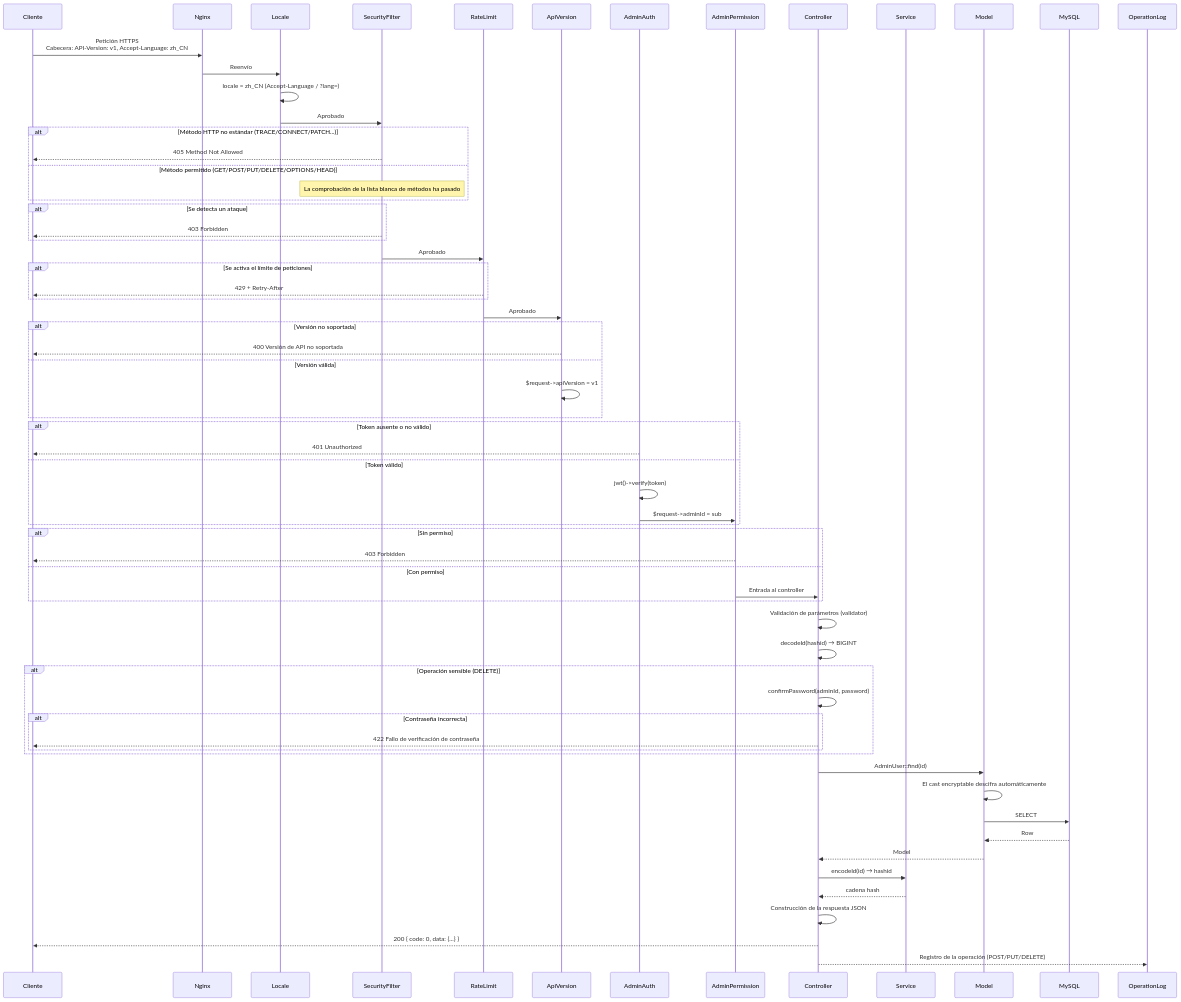
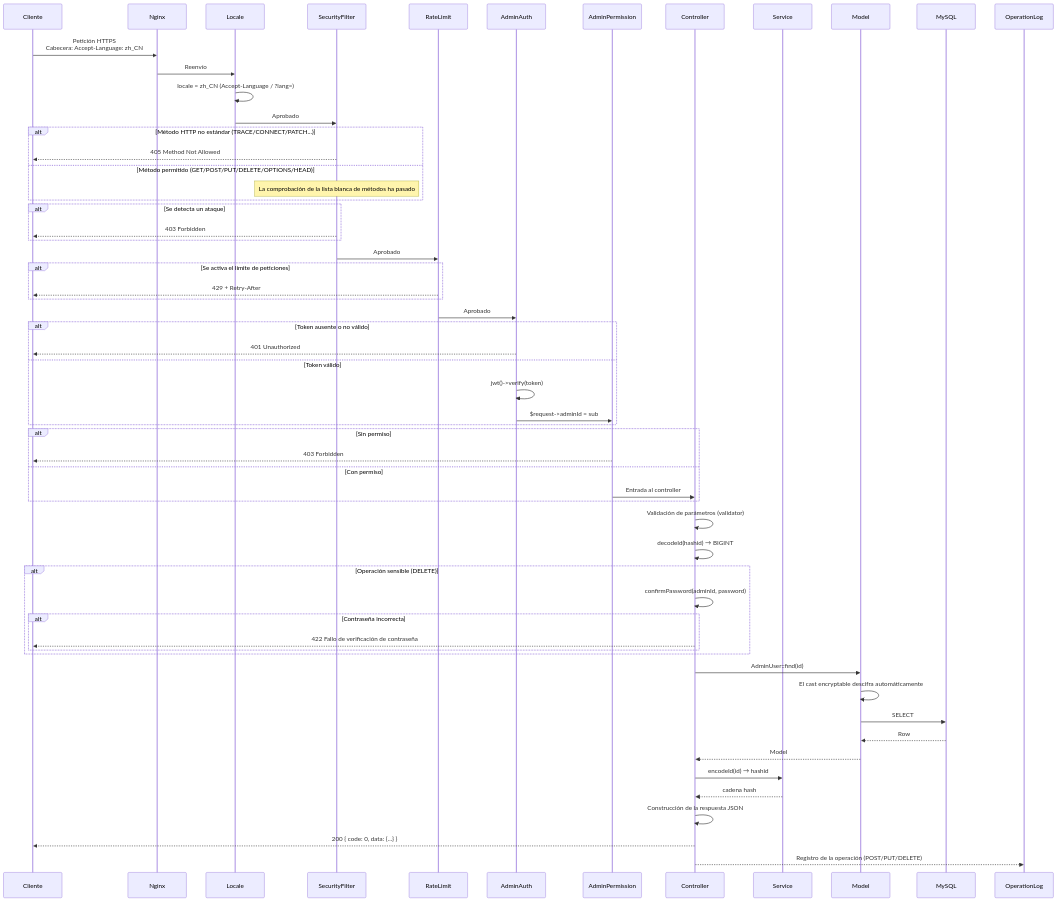
The third of 14 diagrams in admin/docs/ARCHITECTURE.es.md (erikwang2013/integrated-global-logistics), drawn with Mermaid before and after one commit. The commit also changed other lines of this file and 147 other files, not shown here.

First line of the commit message:
feat(api): API 版本号移入 URL 路径（/api/v1），移除 API-Version 头机制

````diff
--- a/admin/docs/ARCHITECTURE.es.md
+++ b/admin/docs/ARCHITECTURE.es.md
@@ -147,82 +145,75 @@
 ```mermaid
 sequenceDiagram
     participant C as Cliente
     participant N as Nginx
     participant MW_LOC as Locale
     participant MW_SF as SecurityFilter
     participant MW_RL as RateLimit
-    participant MW0 as ApiVersion
     participant MW1 as AdminAuth
     participant MW2 as AdminPermission
     participant CTL as Controller
     participant SVC as Service
     participant MDL as Model
     participant DB as MySQL
     participant OPLOG as OperationLog
 
-    C->>N: Petición HTTPS<br/>Cabecera: API-Version: v1, Accept-Language: zh_CN
+    C->>N: Petición HTTPS<br/>Cabecera: Accept-Language: zh_CN
     N->>MW_LOC: Reenvío
 
     MW_LOC->>MW_LOC: locale = zh_CN (Accept-Language / ?lang=)
     MW_LOC->>MW_SF: Aprobado
 
     alt Método HTTP no estándar (TRACE/CONNECT/PATCH...)
         MW_SF-->>C: 405 Method Not Allowed
     else Método permitido (GET/POST/PUT/DELETE/OPTIONS/HEAD)
         Note over MW_SF: La comprobación de la lista blanca de métodos ha pasado
     end
 
     alt Se detecta un ataque
         MW_SF-->>C: 403 Forbidden
     end
 
     MW_SF->>MW_RL: Aprobado
 
     alt Se activa el límite de peticiones
         MW_RL-->>C: 429 + Retry-After
     end
 
-    MW_RL->>MW0: Aprobado
-
-    alt Versión no soportada
-        MW0-->>C: 400 Versión de API no soportada
-    else Versión válida
-        MW0->>MW0: $request->apiVersion = v1
-    end
+    MW_RL->>MW1: Aprobado
 
     alt Token ausente o no válido
         MW1-->>C: 401 Unauthorized
     else Token válido
         MW1->>MW1: jwt()->verify(token)
         MW1->>MW2: $request->adminId = sub
     end
 
     alt Sin permiso
         MW2-->>C: 403 Forbidden
     else Con permiso
         MW2->>CTL: Entrada al controller
     end
 
     CTL->>CTL: Validación de parámetros (validator)
     CTL->>CTL: decodeId(hashid) → BIGINT
 
     alt Operación sensible (DELETE)
         CTL->>CTL: confirmPassword(adminId, password)
         alt Contraseña incorrecta
             CTL-->>C: 422 Fallo de verificación de contraseña
         end
     end
 
     CTL->>MDL: AdminUser::find(id)
     MDL->>MDL: El cast encryptable descifra automáticamente
     MDL->>DB: SELECT
     DB-->>MDL: Row
     MDL-->>CTL: Model
 
     CTL->>SVC: encodeId(id) → hashid
     SVC-->>CTL: cadena hash
 
     CTL->>CTL: Construcción de la respuesta JSON
     CTL-->>C: 200 { code: 0, data: {...} }
     CTL-->>OPLOG: Registro de la operación (POST/PUT/DELETE)
 ```
````
